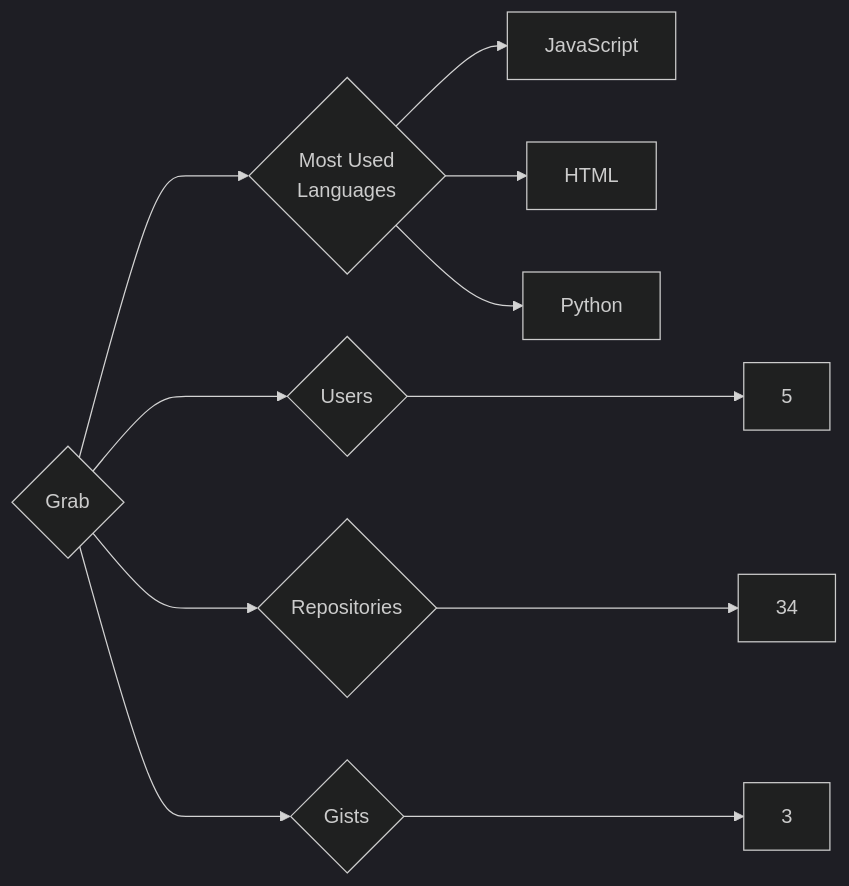
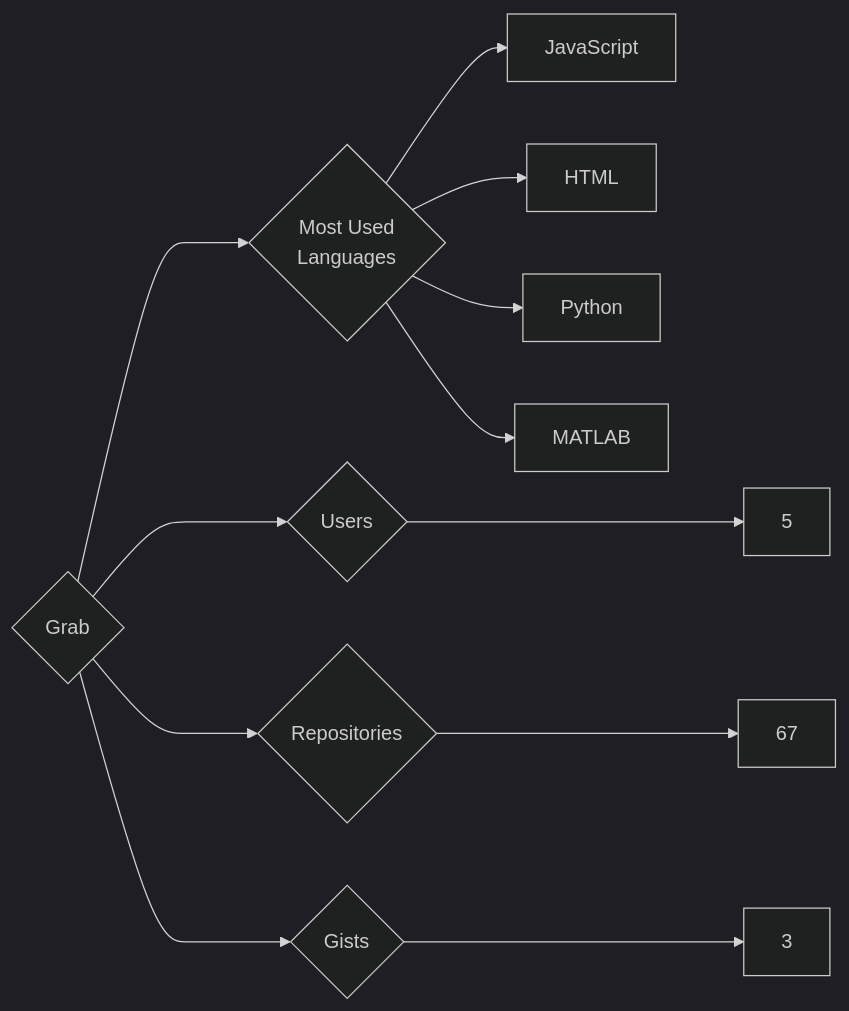
One commit to trickest/insiders changed the diagram in targets/Grab/README.md. Above: the diagram before and after it, drawn with Mermaid (dark theme). The commit also changed 1020 other files, not shown here.

````diff
--- a/targets/Grab/README.md
+++ b/targets/Grab/README.md
@@ -3,11 +3,12 @@
 ```mermaid
 graph LR
 COMPANY_NAME{Grab}
 COMPANY_NAME ---> U{Users} ---> UN[5]
-COMPANY_NAME ---> R{Repositories} ---> RN[34]
+COMPANY_NAME ---> R{Repositories} ---> RN[67]
 COMPANY_NAME ---> G{Gists} ---> GN[3]
 COMPANY_NAME ---> ML{Most Used<br>Languages}
 ML --> JavaScript[JavaScript]
 ML --> HTML[HTML]
 ML --> Python[Python]
+ML --> MATLAB[MATLAB]
 ```
````
